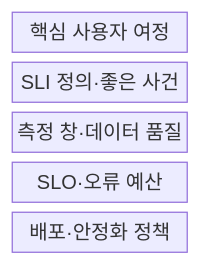
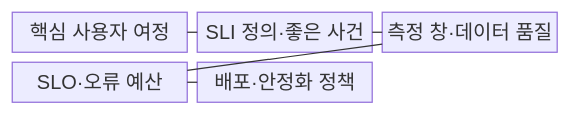
The first of 2 diagrams in src/content/docs/notes/06-evaluation/015_slo_sli.md (agnusdei1207/knowledge-base), drawn with Mermaid before and after one commit. The commit also changed other lines of this file and 53 other files, not shown here.

````diff
--- a/src/content/docs/notes/06-evaluation/015_slo_sli.md
+++ b/src/content/docs/notes/06-evaluation/015_slo_sli.md
@@ -55,9 +55,13 @@
 ```mermaid
 block-beta
-  columns 1
+  columns 3
   J["핵심 사용자 여정"]
   I["SLI 정의·좋은 사건"]
   W["측정 창·데이터 품질"]
   O["SLO·오류 예산"]
   P["배포·안정화 정책"]
+  J --- I
+  I --- W
+  W --- O
+  O --- P
 ```
````
